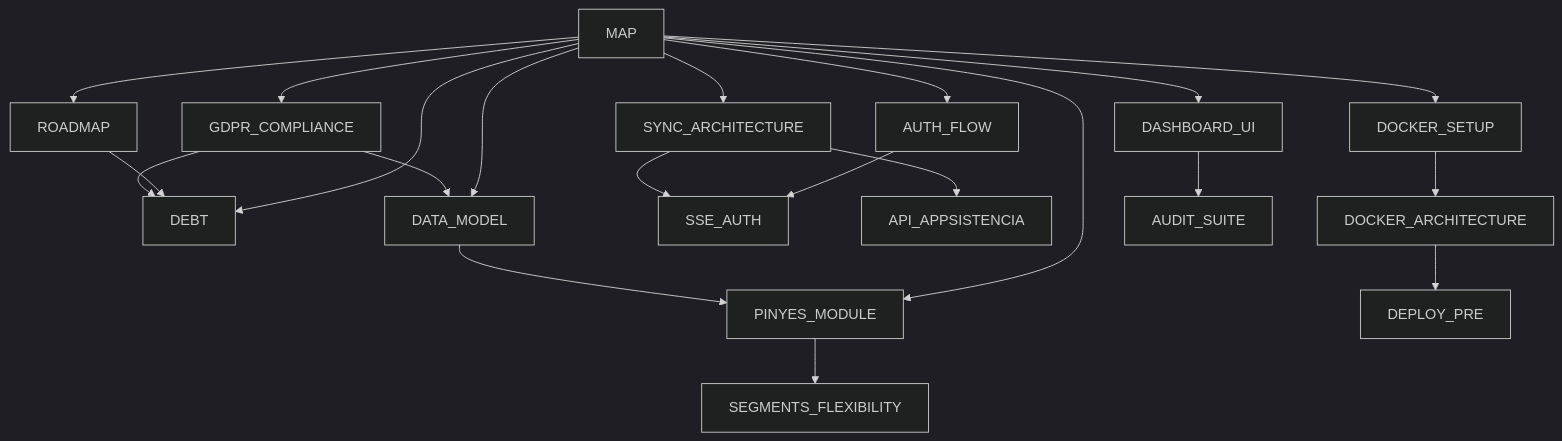
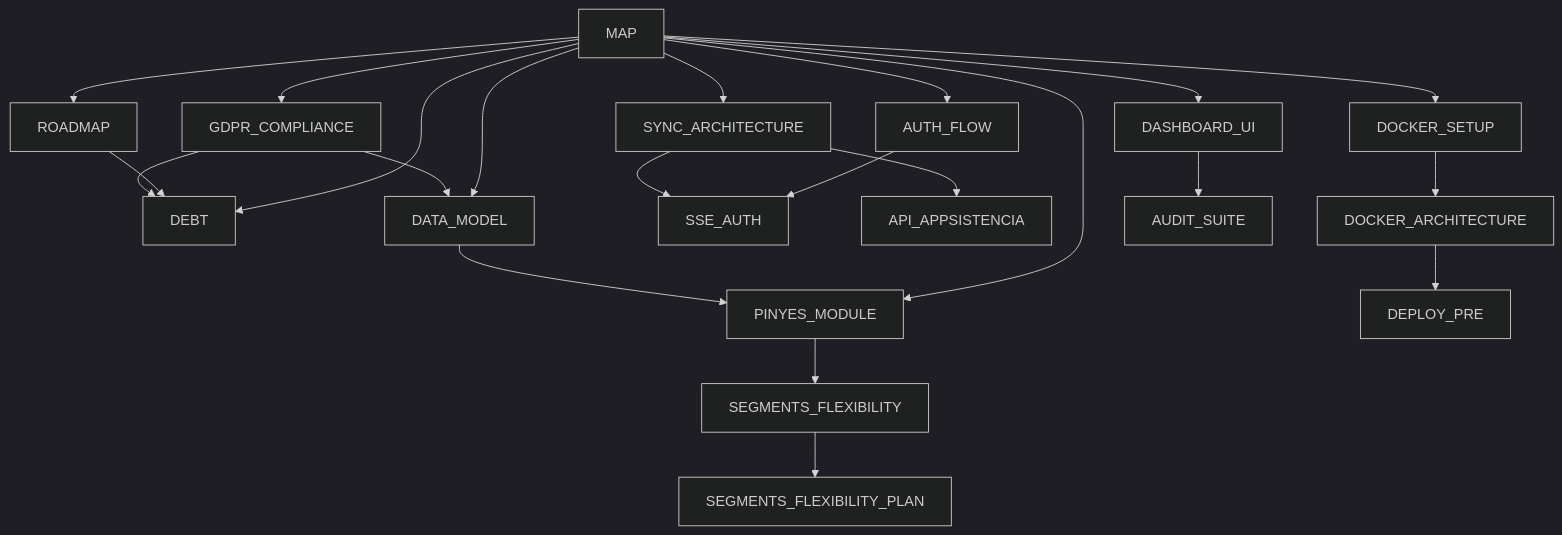
Before and after one commit to MuixerangaBarcelonaCat/MuixerApp: the diagram in docs/MAP.md, drawn with Mermaid (dark theme). The commit also changed other lines of this file and 3 other files, not shown here.

````diff
--- a/docs/MAP.md
+++ b/docs/MAP.md
@@ -27,23 +27,24 @@
 ```mermaid
 graph TD
   MAP[MAP] --> ROADMAP
   MAP --> DEBT
   MAP --> DATA_MODEL
   MAP --> PINYES_MODULE
   MAP --> AUTH_FLOW
   MAP --> SYNC_ARCHITECTURE
   MAP --> DASHBOARD_UI
   MAP --> DOCKER_SETUP
   DATA_MODEL --> PINYES_MODULE
   PINYES_MODULE --> SEGMENTS_FLEXIBILITY
+  SEGMENTS_FLEXIBILITY --> SEGMENTS_FLEXIBILITY_PLAN
   AUTH_FLOW --> SSE_AUTH
   SYNC_ARCHITECTURE --> API_APPSISTENCIA
   SYNC_ARCHITECTURE --> SSE_AUTH
   DOCKER_SETUP --> DOCKER_ARCHITECTURE
   DOCKER_ARCHITECTURE --> DEPLOY_PRE
   DASHBOARD_UI --> AUDIT_SUITE
   ROADMAP --> DEBT
   MAP --> GDPR_COMPLIANCE
   GDPR_COMPLIANCE --> DATA_MODEL
   GDPR_COMPLIANCE --> DEBT
 ```
````
